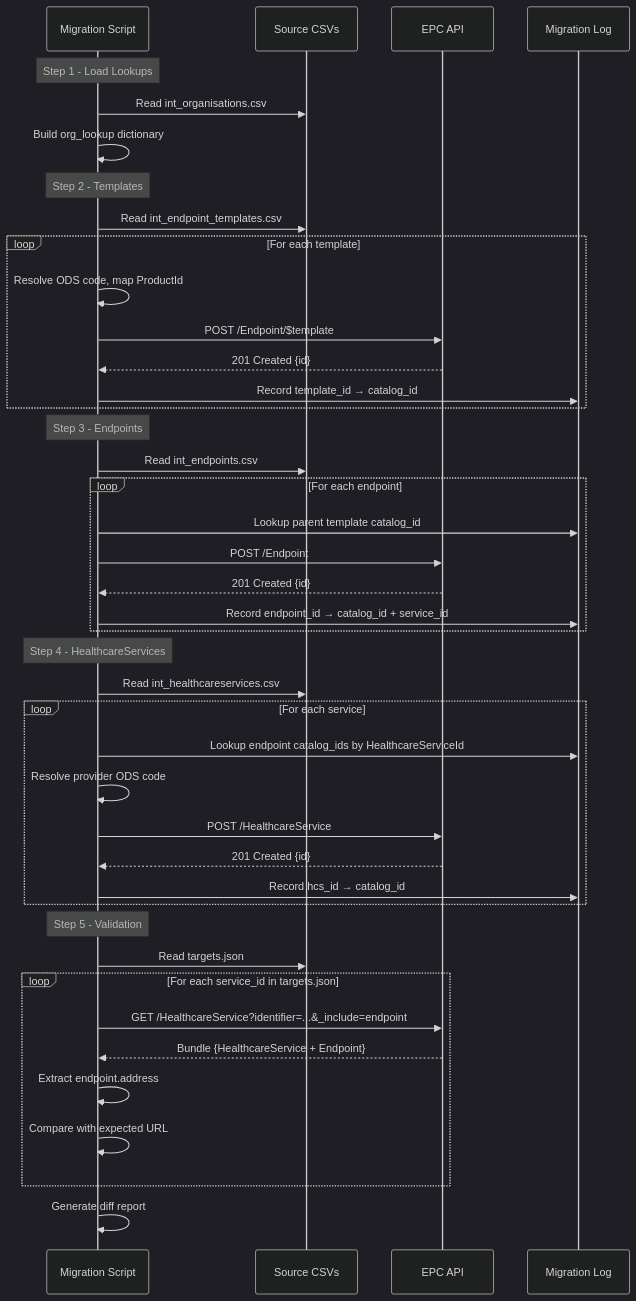
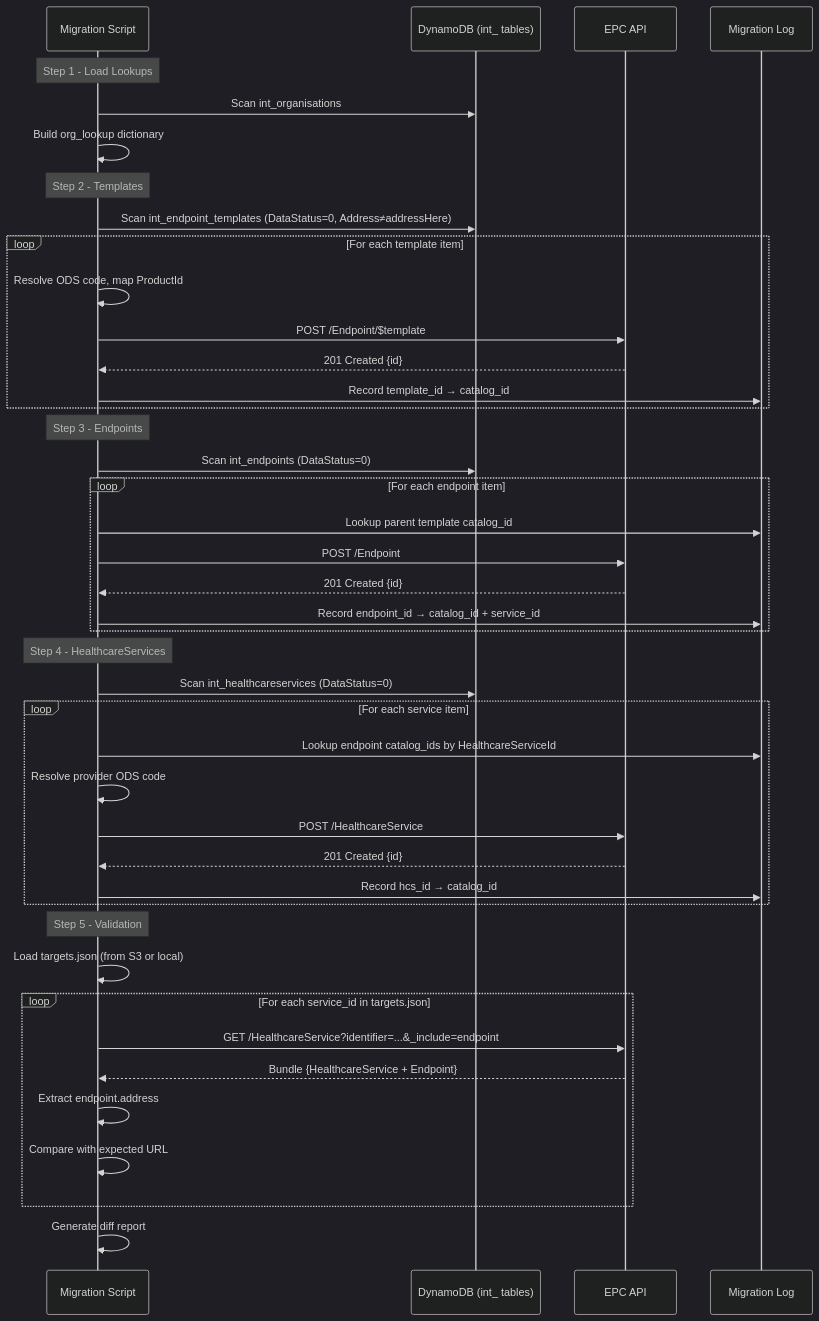
Before and after one commit to RichardWardNHSD/epc-work: the second of 2 diagrams in Data Migration/Documentation/migration-process-design.md, drawn with Mermaid (dark theme). The commit also changed other lines of this file, not shown here.

Commit message:
Update migration source from CSV files to DynamoDB tables with scan queries

````diff
--- a/Data Migration/Documentation/migration-process-design.md
+++ b/Data Migration/Documentation/migration-process-design.md
@@ -538,49 +577,49 @@
 ```mermaid
 sequenceDiagram
     participant Script as Migration Script
-    participant CSV as Source CSVs
+    participant DDB as DynamoDB (int_ tables)
     participant EPC as EPC API
     participant Log as Migration Log
 
     Note over Script: Step 1 - Load Lookups
-    Script->>CSV: Read int_organisations.csv
+    Script->>DDB: Scan int_organisations
     Script->>Script: Build org_lookup dictionary
 
     Note over Script: Step 2 - Templates
-    Script->>CSV: Read int_endpoint_templates.csv
-    loop For each template
+    Script->>DDB: Scan int_endpoint_templates (DataStatus=0, Address≠addressHere)
+    loop For each template item
         Script->>Script: Resolve ODS code, map ProductId
         Script->>EPC: POST /Endpoint/$template
         EPC-->>Script: 201 Created {id}
         Script->>Log: Record template_id → catalog_id
     end
 
     Note over Script: Step 3 - Endpoints
-    Script->>CSV: Read int_endpoints.csv
-    loop For each endpoint
+    Script->>DDB: Scan int_endpoints (DataStatus=0)
+    loop For each endpoint item
         Script->>Log: Lookup parent template catalog_id
         Script->>EPC: POST /Endpoint
         EPC-->>Script: 201 Created {id}
         Script->>Log: Record endpoint_id → catalog_id + service_id
     end
 
     Note over Script: Step 4 - HealthcareServices
-    Script->>CSV: Read int_healthcareservices.csv
-    loop For each service
+    Script->>DDB: Scan int_healthcareservices (DataStatus=0)
+    loop For each service item
         Script->>Log: Lookup endpoint catalog_ids by HealthcareServiceId
         Script->>Script: Resolve provider ODS code
         Script->>EPC: POST /HealthcareService
         EPC-->>Script: 201 Created {id}
         Script->>Log: Record hcs_id → catalog_id
     end
 
     Note over Script: Step 5 - Validation
-    Script->>CSV: Read targets.json
+    Script->>Script: Load targets.json (from S3 or local)
     loop For each service_id in targets.json
         Script->>EPC: GET /HealthcareService?identifier=...&_include=endpoint
         EPC-->>Script: Bundle {HealthcareService + Endpoint}
         Script->>Script: Extract endpoint.address
         Script->>Script: Compare with expected URL
     end
     Script->>Script: Generate diff report
 ```
````
